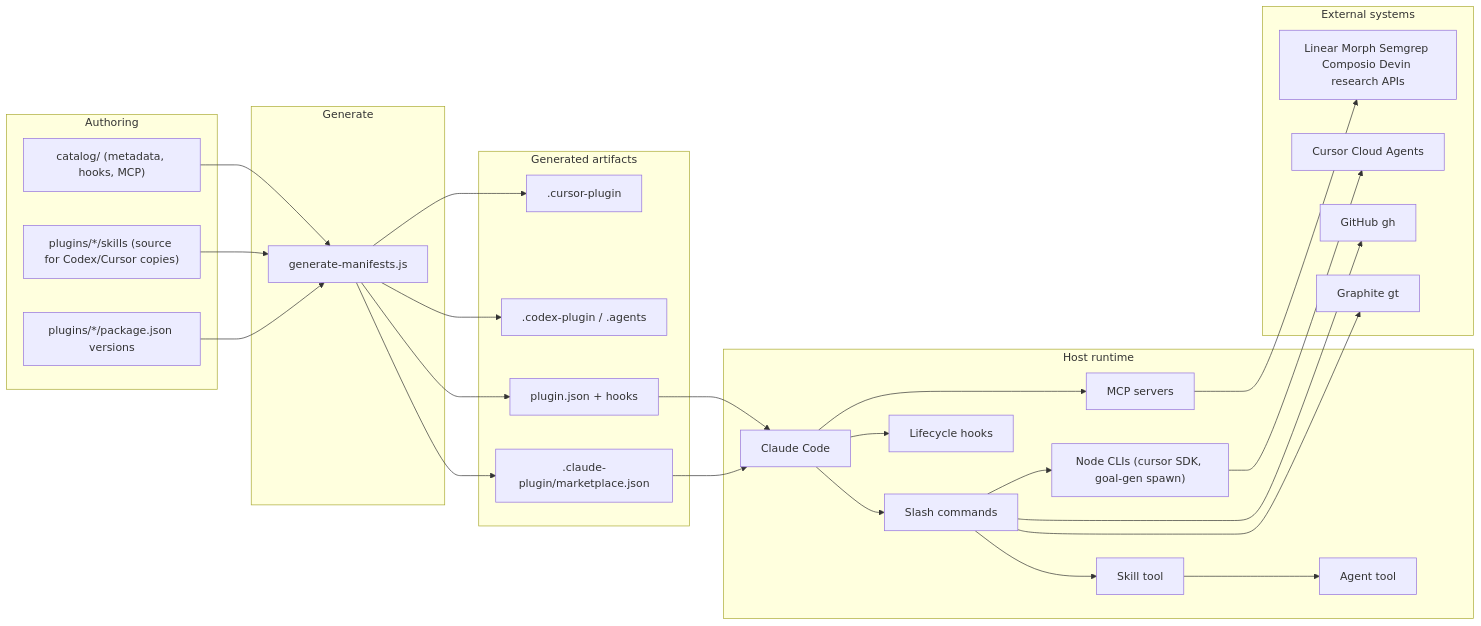
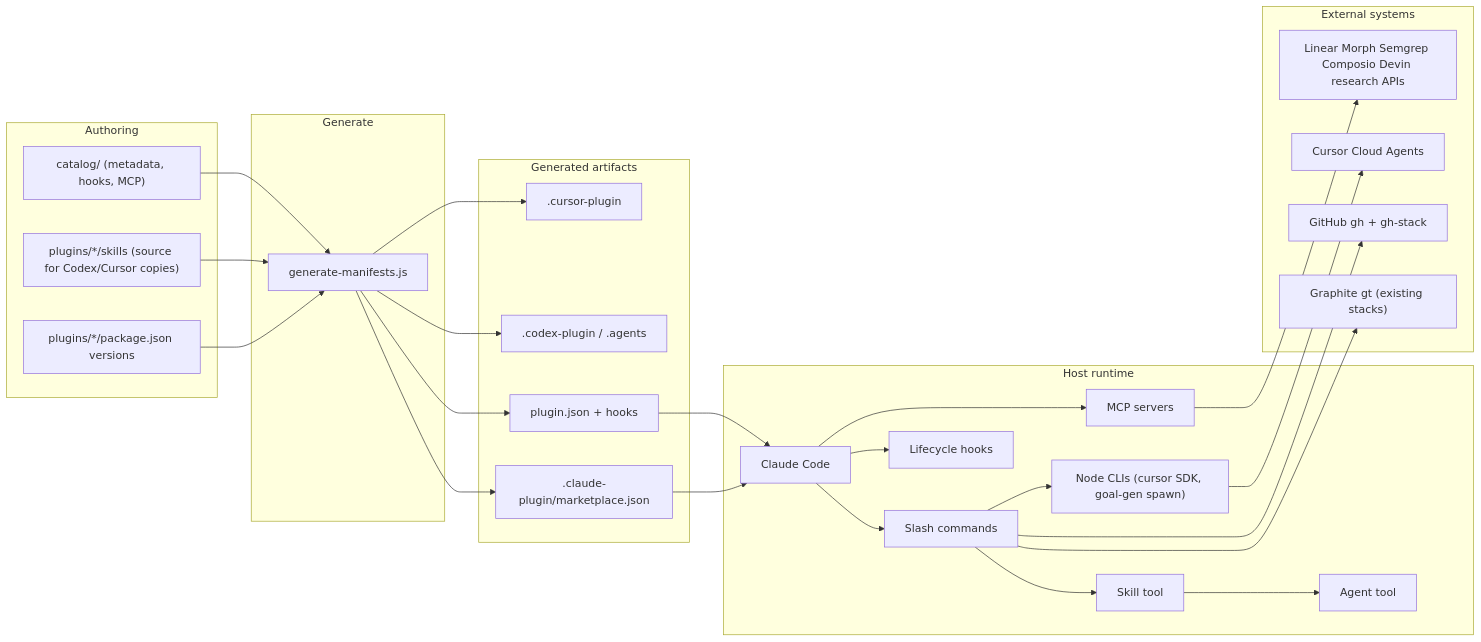
Before and after one commit to KingInYellows/yellow-plugins: the diagram in docs/architecture-overview.md, drawn with Mermaid. The commit also changed other lines of this file and 5 other files, not shown here.

First line of the commit message:
docs: refresh README, add command reference and workflow diagrams (#1934)

````diff
--- a/docs/architecture-overview.md
+++ b/docs/architecture-overview.md
@@ -177,49 +181,49 @@
 ```mermaid
 flowchart LR
   subgraph authoring [Authoring]
     Catalog["catalog/ (metadata, hooks, MCP)"]
     PluginSrc["plugins/*/skills (source for Codex/Cursor copies)"]
     PkgJson["plugins/*/package.json versions"]
   end
   subgraph generate [Generate]
     Gen[generate-manifests.js]
   end
   subgraph artifacts [Generated artifacts]
     Mkt[".claude-plugin/marketplace.json"]
     PJ["plugin.json + hooks"]
     Codex[".codex-plugin / .agents"]
     Cursor[".cursor-plugin"]
   end
   subgraph host [Host runtime]
     CC[Claude Code]
     Cmd[Slash commands]
     Skill[Skill tool]
     Agent[Agent tool]
     Hooks[Lifecycle hooks]
     MCP[MCP servers]
     NodeCLI["Node CLIs (cursor SDK, goal-gen spawn)"]
   end
   subgraph ext [External systems]
-    GT[Graphite gt]
-    GH[GitHub gh]
+    GH["GitHub gh + gh-stack"]
+    GT["Graphite gt (existing stacks)"]
     APIs[Linear Morph Semgrep Composio Devin research APIs]
     CursorAPI[Cursor Cloud Agents]
   end
 
   Catalog --> Gen
   PluginSrc --> Gen
   PkgJson --> Gen
   Gen --> Mkt
   Gen --> PJ
   Gen --> Codex
   Gen --> Cursor
   Mkt --> CC
   PJ --> CC
   CC --> Cmd --> Skill
   Skill --> Agent
   CC --> Hooks
   CC --> MCP --> APIs
   Cmd --> GT
   Cmd --> GH
   Cmd --> NodeCLI --> CursorAPI
 ```
````
